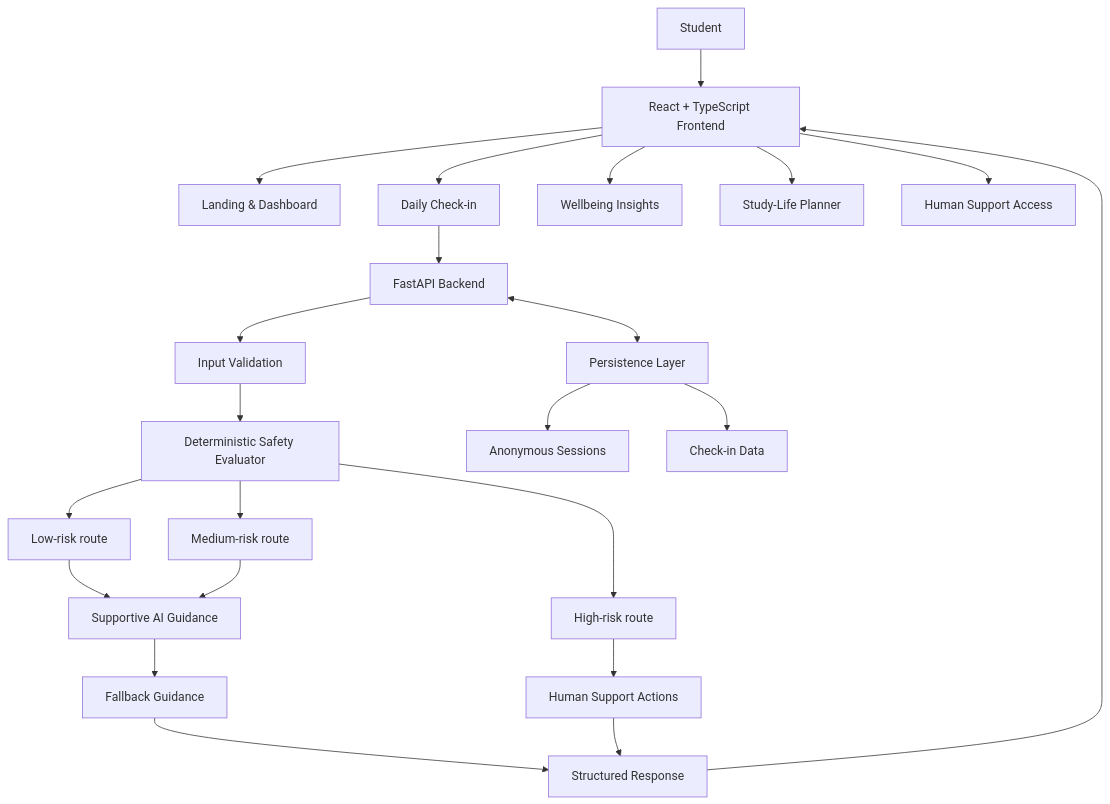
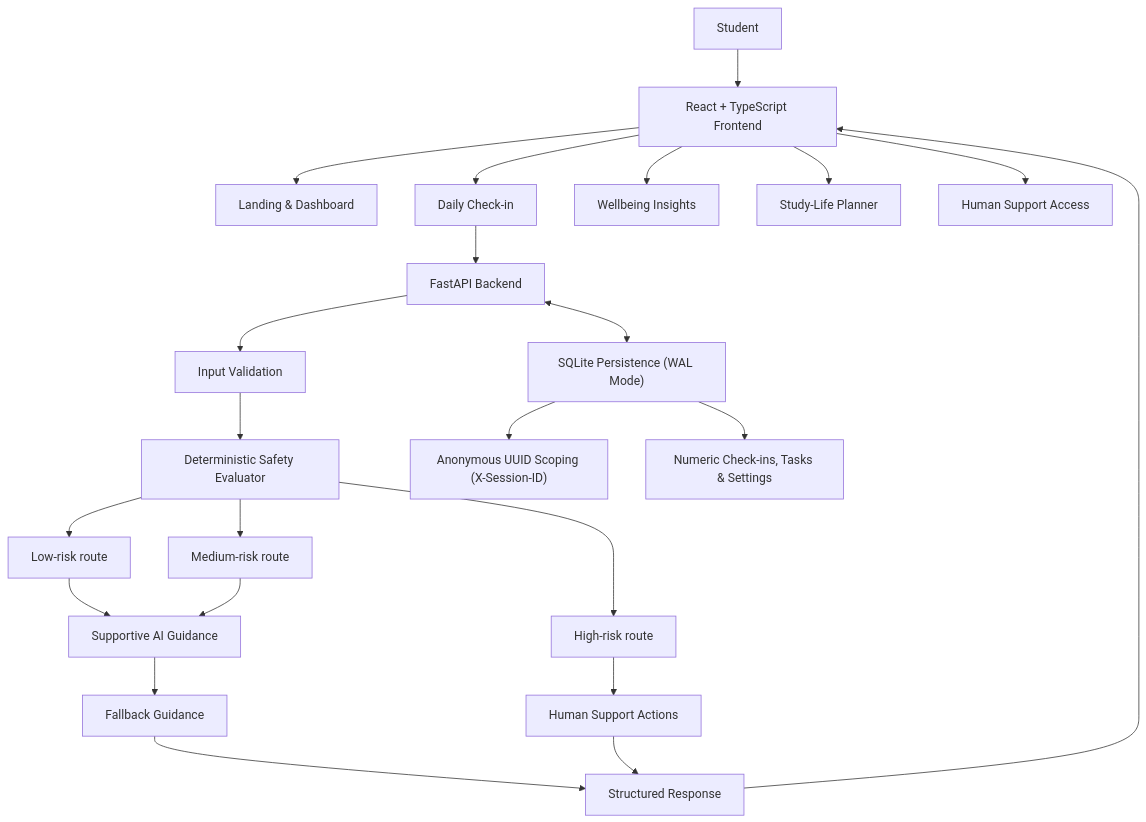
The first of 3 diagrams in README.md (nikhi20-900/calmspace), drawn with Mermaid before and after one commit. The commit also changed other lines of this file and 3 other files, not shown here.

Commit message:
docs: reconcile README, architecture, API contracts, and privacy inventory with actual implementation (Issue #17)

````diff
--- a/README.md
+++ b/README.md
@@ -105,30 +106,30 @@
 ```mermaid
 flowchart TD
     U["Student"] --> FE["React + TypeScript Frontend"]
     FE --> LAND["Landing & Dashboard"]
     FE --> CI["Daily Check-in"]
     FE --> INS["Wellbeing Insights"]
     FE --> PLAN["Study-Life Planner"]
     FE --> SUP["Human Support Access"]
 
     CI --> API["FastAPI Backend"]
     API --> VALID["Input Validation"]
     VALID --> SAFE["Deterministic Safety Evaluator"]
 
     SAFE --> LOW["Low-risk route"]
     SAFE --> MED["Medium-risk route"]
     SAFE --> HIGH["High-risk route"]
 
     LOW --> AI["Supportive AI Guidance"]
     MED --> AI
     HIGH --> HUMAN["Human Support Actions"]
 
     AI --> FALLBACK["Fallback Guidance"]
     FALLBACK --> RESULT["Structured Response"]
     HUMAN --> RESULT
     RESULT --> FE
 
-    API <--> DB["Persistence Layer"]
-    DB --> SESSION["Anonymous Sessions"]
-    DB --> HISTORY["Check-in Data"]
+    API <--> DB["SQLite Persistence (WAL Mode)"]
+    DB --> SESSION["Anonymous UUID Scoping (X-Session-ID)"]
+    DB --> HISTORY["Numeric Check-ins, Tasks & Settings"]
 ```
````
